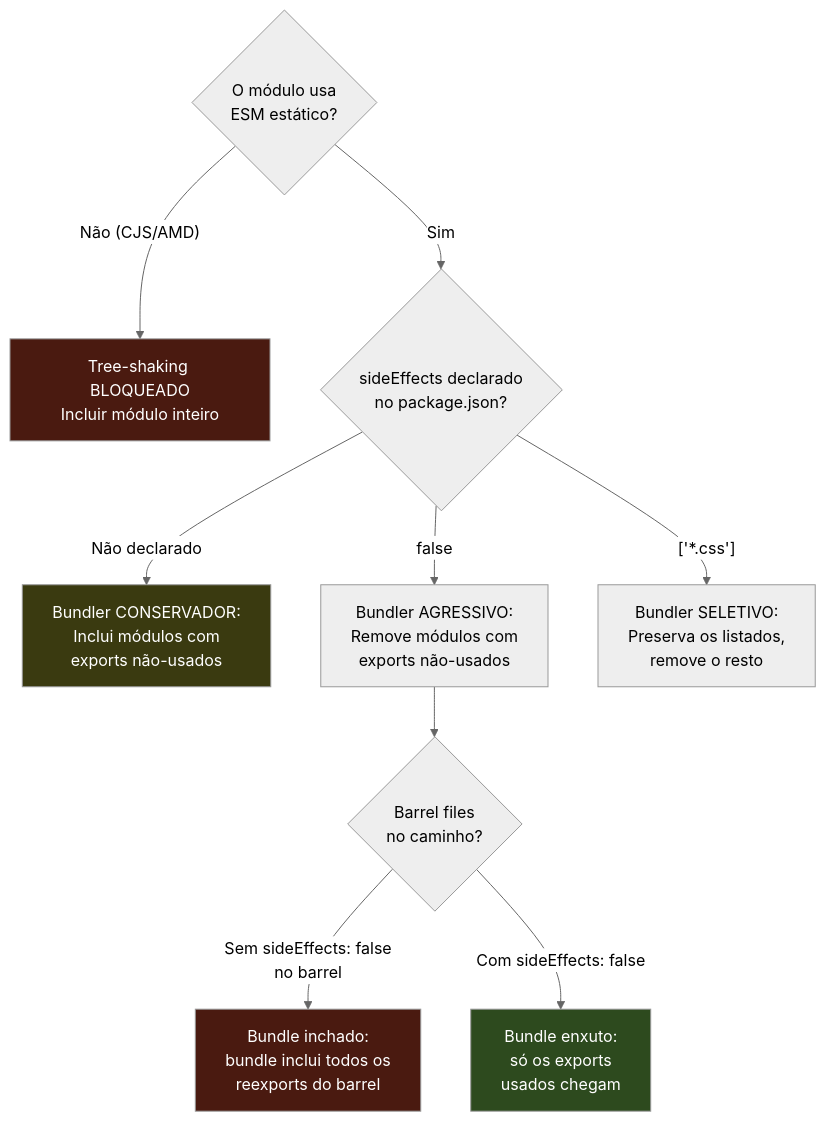
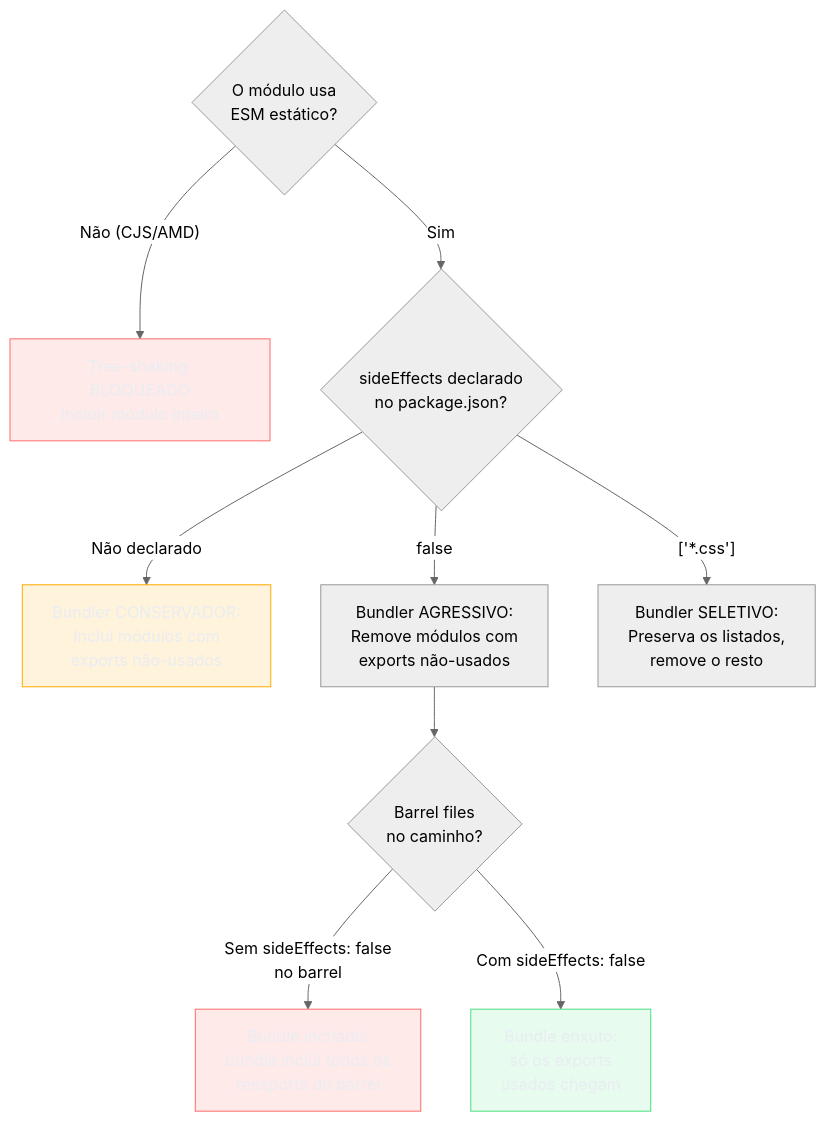
Before and after one commit to josenaldo/codex-technomanticus: the third of 8 diagrams in 03-Dominios/Tecnologia/Tooling e Build/17 - Otimização de bundle.md, drawn with Mermaid (neutral theme). The commit also changed other lines of this file and 1181 other files, not shown here.

First line of the commit message:
fix(diagramas): paleta do sistema no lugar de cor cravada no markdown

````diff
--- a/03-Dominios/Tecnologia/Tooling e Build/17 - Otimização de bundle.md
+++ b/03-Dominios/Tecnologia/Tooling e Build/17 - Otimização de bundle.md
@@ -315,20 +319,23 @@
 ```mermaid
 flowchart TD
+    classDef falha fill:#FF6B6B24,stroke:#FF6B6B,color:#E9ECF2
+    classDef destaque fill:#FFAA0024,stroke:#FFAA00,color:#E9ECF2
+    classDef ok fill:#4ADE8021,stroke:#4ADE80,color:#E9ECF2
     CHECK{"O módulo usa\nESM estático?"}
 
     CHECK -->|"Não (CJS/AMD)"| BLOCKED["Tree-shaking BLOQUEADO\nIncluir módulo inteiro"]
     CHECK -->|"Sim"| SIDE{"sideEffects declarado\nno package.json?"}
 
     SIDE -->|"Não declarado"| CONSERVATIVE["Bundler CONSERVADOR:\nInclui módulos com\nexports não-usados"]
     SIDE -->|"false"| AGGRESSIVE["Bundler AGRESSIVO:\nRemove módulos com\nexports não-usados"]
     SIDE -->|"['*.css']"| SELECTIVE["Bundler SELETIVO:\nPreserva os listados,\nremove o resto"]
 
     AGGRESSIVE --> BARREL{"Barrel files\nno caminho?"}
     BARREL -->|"Sem sideEffects: false\nno barrel"| BLOATED["Bundle inchado:\nbundle inclui todos os\nreexports do barrel"]
     BARREL -->|"Com sideEffects: false"| LEAN["Bundle enxuto:\nsó os exports\nusados chegam"]
 
-    style BLOCKED fill:#4a1a10,color:#fff
-    style CONSERVATIVE fill:#3a3a10,color:#fff
-    style LEAN fill:#2d4a1e,color:#fff
-    style BLOATED fill:#4a1a10,color:#fff
+    class BLOCKED falha
+    class CONSERVATIVE destaque
+    class LEAN ok
+    class BLOATED falha
 ```
````
